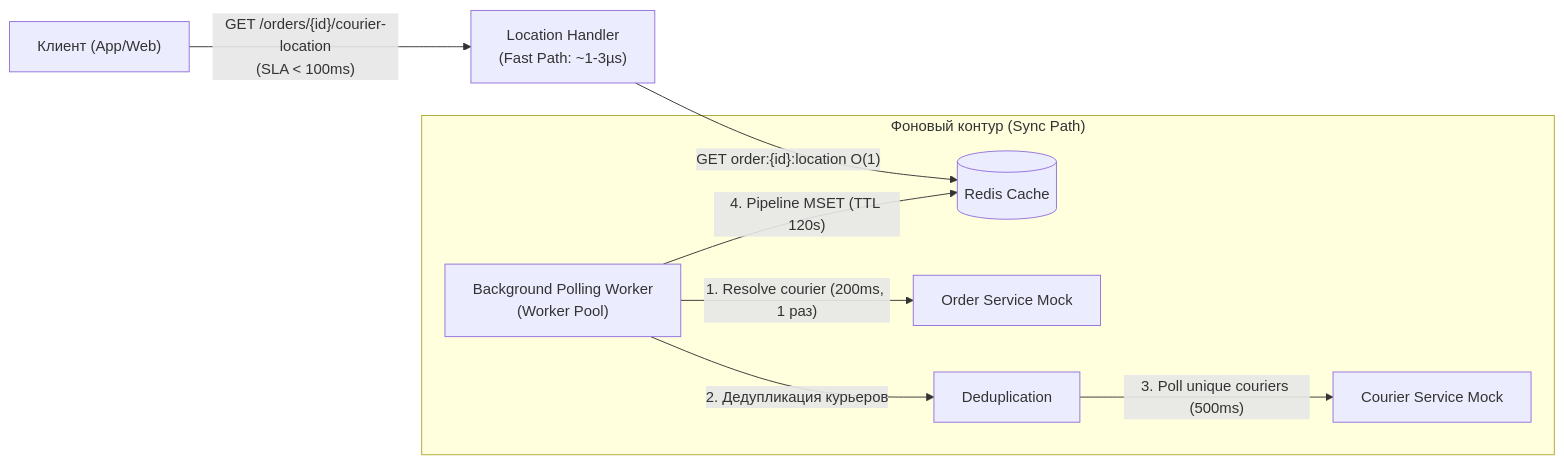
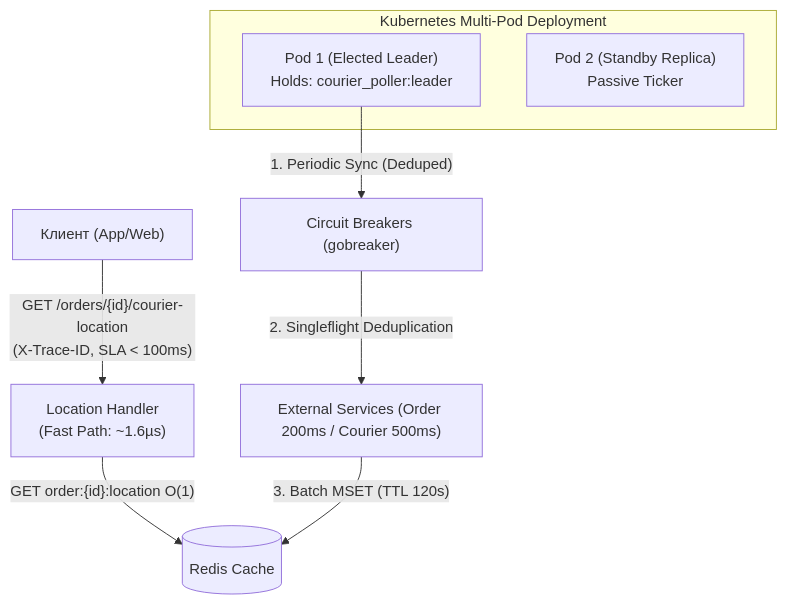
Before and after one commit to mioxin/redis_agy: the diagram in README.md, drawn with Mermaid. The commit also changed other lines of this file and 33 other files, not shown here.

````diff
--- a/README.md
+++ b/README.md
@@ -63,12 +81,14 @@
 ```mermaid
-flowchart LR
-    Client["Клиент (App/Web)"] -->|"GET /orders/{id}/courier-location\n(SLA < 100ms)"| API["Location Handler\n(Fast Path: ~1-3µs)"]
+flowchart TD
+    Client["Клиент (App/Web)"] -->|"GET /orders/{id}/courier-location\n(X-Trace-ID, SLA < 100ms)"| API["Location Handler\n(Fast Path: ~1.6µs)"]
     API -->|"GET order:{id}:location O(1)"| Redis[("Redis Cache")]
     
-    subgraph Background ["Фоновый контур (Sync Path)"]
-        Worker["Background Polling Worker\n(Worker Pool)"] -->|"1. Resolve courier (200ms, 1 раз)"| OS["Order Service Mock"]
-        Worker -->|"2. Дедупликация курьеров"| Dedup["Deduplication"]
-        Dedup -->|"3. Poll unique couriers (500ms)"| CS["Courier Service Mock"]
-        Worker -->|"4. Pipeline MSET (TTL 120s)"| Redis
+    subgraph MultiPodK8s ["Kubernetes Multi-Pod Deployment"]
+        Leader["Pod 1 (Elected Leader)\nHolds: courier_poller:leader"]
+        Follower["Pod 2 (Standby Replica)\nPassive Ticker"]
     end
+
+    Leader -->|"1. Periodic Sync (Deduped)"| CB["Circuit Breakers (gobreaker)"]
+    CB -->|"2. Singleflight Deduplication"| Ext["External Services (Order 200ms / Courier 500ms)"]
+    Ext -->|"3. Batch MSET (TTL 120s)"| Redis
 ```
````
